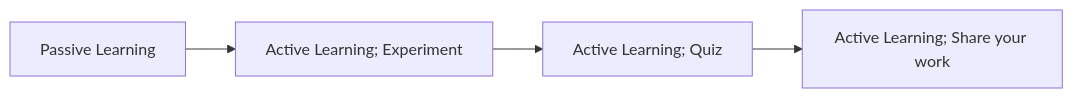
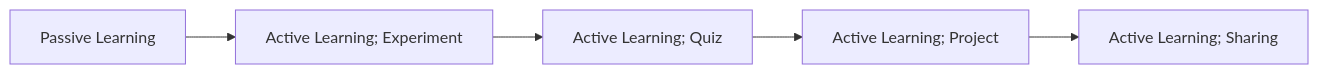
One commit to green-nk/practical-deep-learning changed the first of 2 diagrams in README.md. Above: the diagram before and after it, drawn with Mermaid. The commit also changed other lines of this file, not shown here.

````diff
--- a/README.md
+++ b/README.md
@@ -7,4 +9,4 @@
 ```mermaid
 flowchart LR;
-    A[Passive Learning] --> B[Active Learning; Experiment] --> C[Active Learning; Quiz] --> D[Active Learning; Share your work]
+    A[Passive Learning] --> B[Active Learning; Experiment] --> C[Active Learning; Quiz] --> D[Active Learning; Project] --> E[Active Learning; Sharing];
 ```
````
